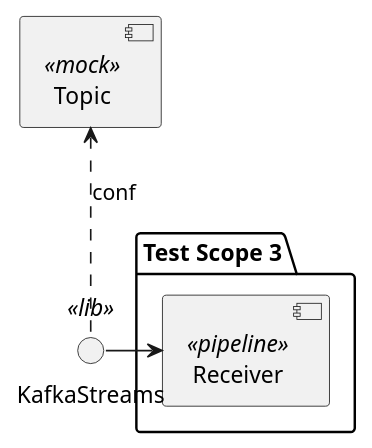
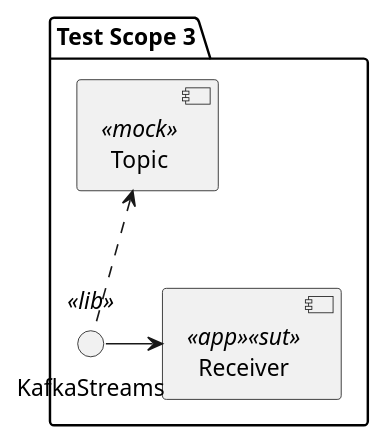
One commit to eugene-krivosheyev/kafka-testing changed diagram 12 of 14 in async-test-design.md. Above: the diagram before and after it, drawn with PlantUML. The commit also changed other lines of this file and 3 other files, not shown here.

````diff
--- a/async-test-design.md
+++ b/async-test-design.md
@@ -278,12 +280,11 @@
 ```plantuml
 @startuml 'https://plantuml.com/ru/component-diagram
 package "Test Scope 3" {
-    component Receiver <<pipeline>>
+    component Receiver <<app>><<sut>>
+    component Topic <<mock>>
+    interface KafkaStreams <<lib>>
+    Topic <.. KafkaStreams
+    KafkaStreams -> Receiver 
 }
-component Topic <<mock>>
-interface KafkaStreams <<lib>>
-Topic <.. KafkaStreams: conf
-KafkaStreams -> Receiver 
-
 @enduml
 ```
````
